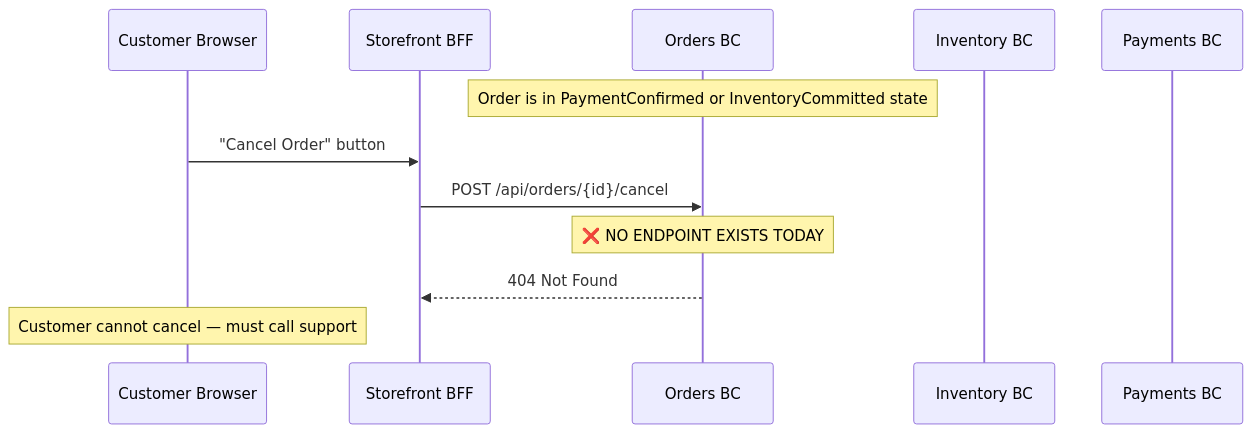
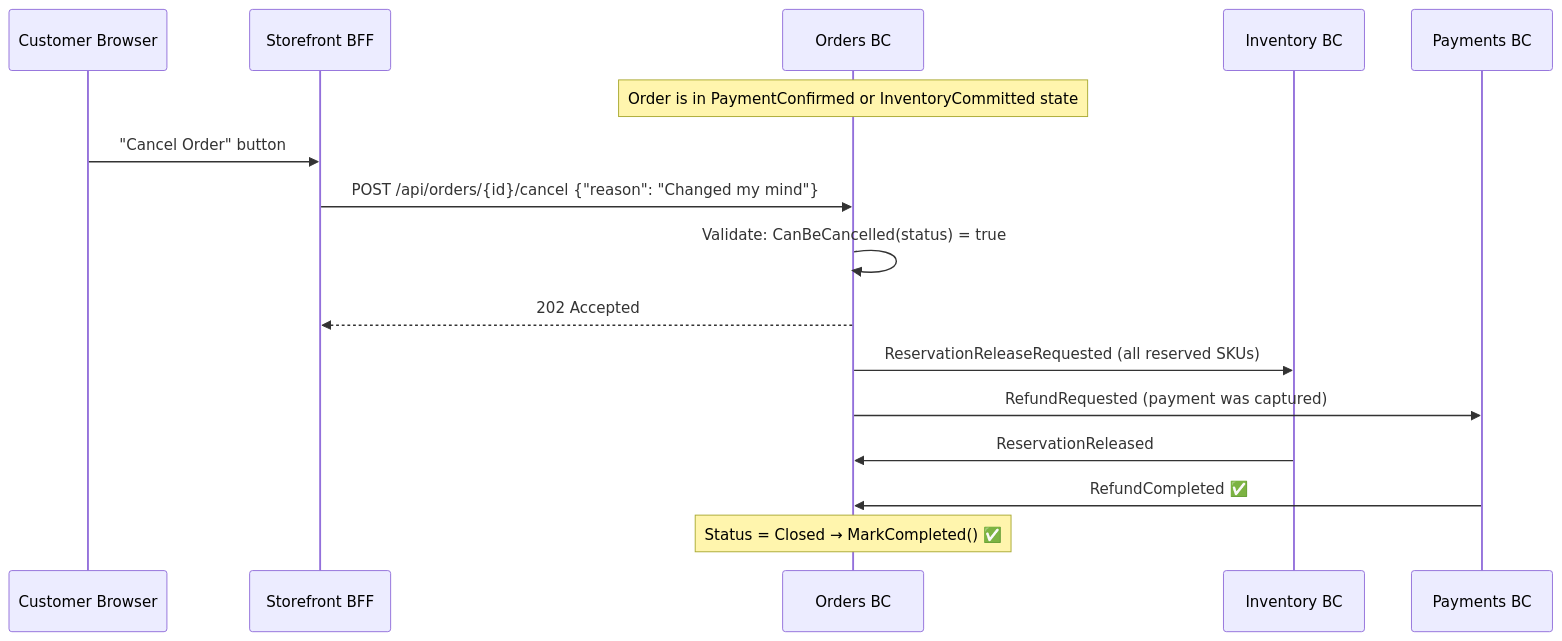
The fifth of 8 diagrams in src/Orders/Orders.Api/README.md (erikshafer/CritterSupply), drawn with Mermaid before and after one commit. The commit also changed other lines of this file and 19 other files, not shown here.

````diff
--- a/src/Orders/Orders.Api/README.md
+++ b/src/Orders/Orders.Api/README.md
@@ -256,15 +281,20 @@
 ```mermaid
 sequenceDiagram
     participant Customer as Customer Browser
     participant BFF as Storefront BFF
     participant Orders as Orders BC
     participant Inventory as Inventory BC
     participant Payments as Payments BC
 
     Note over Orders: Order is in PaymentConfirmed or InventoryCommitted state
     Customer->>BFF: "Cancel Order" button
-    BFF->>Orders: POST /api/orders/{id}/cancel
-    Note over Orders: ❌ NO ENDPOINT EXISTS TODAY
-    Orders-->>BFF: 404 Not Found
-    Note over Customer: Customer cannot cancel — must call support
+    BFF->>Orders: POST /api/orders/{id}/cancel {"reason": "Changed my mind"}
+    Orders->>Orders: Validate: CanBeCancelled(status) = true
+    Orders-->>BFF: 202 Accepted
+
+    Orders->>Inventory: ReservationReleaseRequested (all reserved SKUs)
+    Orders->>Payments: RefundRequested (payment was captured)
+    Inventory->>Orders: ReservationReleased
+    Payments->>Orders: RefundCompleted ✅
+    Note over Orders: Status = Closed → MarkCompleted() ✅
 ```
````
